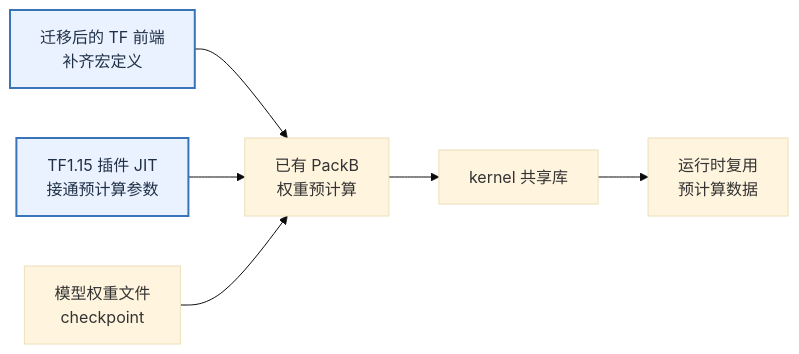
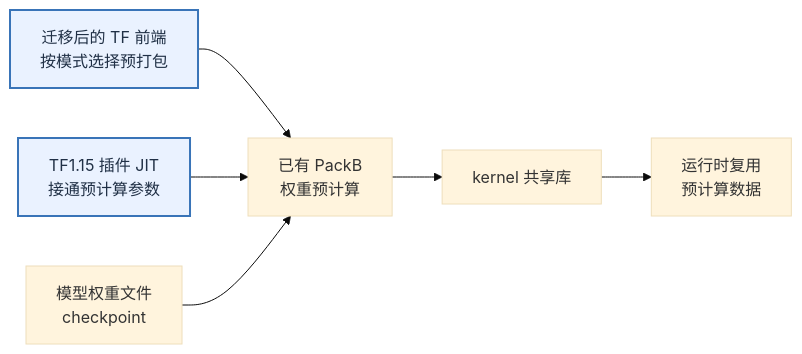
Before and after one commit to openeuler-mirror/ANNC: the fourth of 4 diagrams in docs/design/tensorflow-1-15-support/overall.md, drawn with Mermaid (base theme). The commit also changed other lines of this file and 39 other files, not shown here.

````diff
--- a/docs/design/tensorflow-1-15-support/overall.md
+++ b/docs/design/tensorflow-1-15-support/overall.md
@@ -259,10 +257,10 @@
 ```mermaid
 flowchart LR
-  Frontend["迁移后的 TF 前端<br/>补齐宏定义"] --> Pack["已有 PackB<br/>权重预计算"]
+  Frontend["迁移后的 TF 前端<br/>按模式选择预打包"] --> Pack["已有 PackB<br/>权重预计算"]
   Jit["TF1.15 插件 JIT<br/>接通预计算参数"] --> Pack
   Weight["模型权重文件<br/>checkpoint"] --> Pack
   Pack --> Lib["kernel 共享库"]
   Lib --> Execute["运行时复用<br/>预计算数据"]
   classDef changed fill:#eaf2ff,stroke:#3974b8,stroke-width:2px,color:#203046;
   class Frontend,Jit changed;
 ```
````
